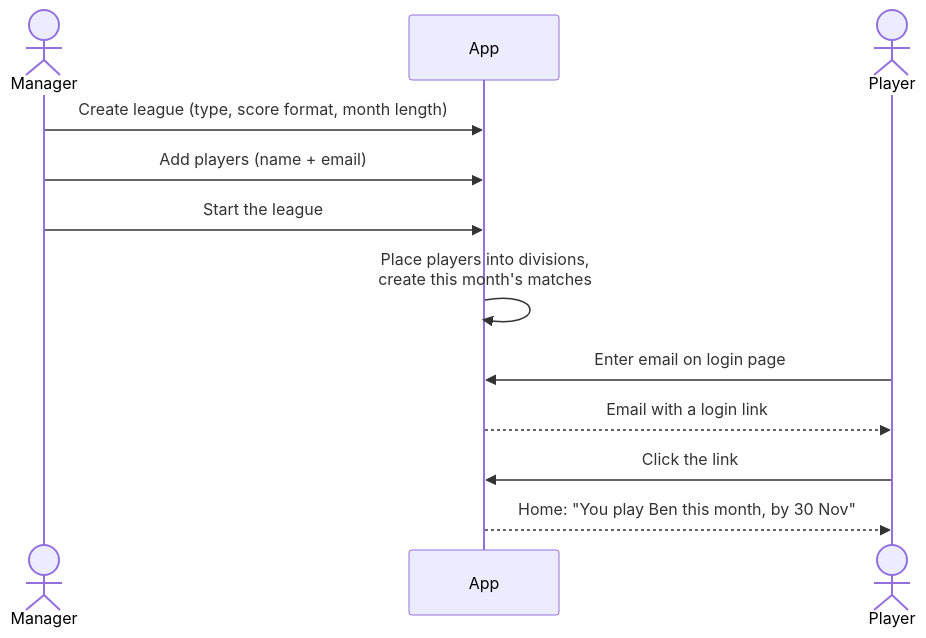
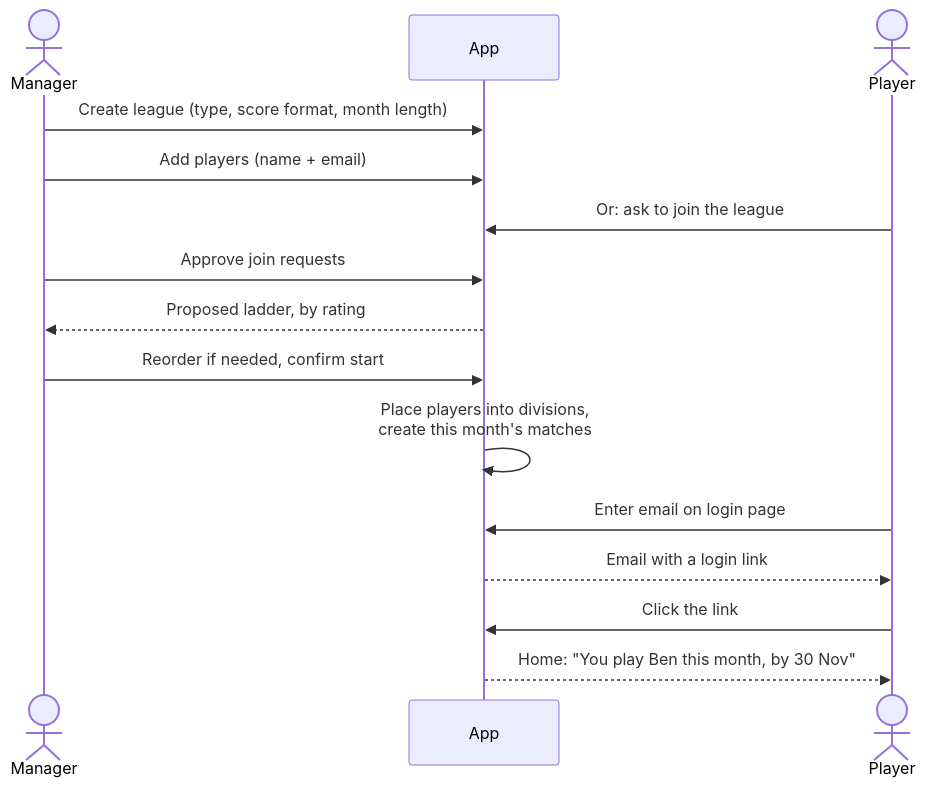
One commit to l1em1on1/social-tennis changed the third of 6 diagrams in docs/phase-1-score-collection.md. Above: the diagram before and after it, drawn with Mermaid. The commit also changed other lines of this file and 4 other files, not shown here.

````diff
--- a/docs/phase-1-score-collection.md
+++ b/docs/phase-1-score-collection.md
@@ -133,14 +138,17 @@
 ```mermaid
 sequenceDiagram
     actor M as Manager
     participant App
     actor P as Player
     M->>App: Create league (type, score format, month length)
     M->>App: Add players (name + email)
-    M->>App: Start the league
+    P->>App: Or: ask to join the league
+    M->>App: Approve join requests
+    App-->>M: Proposed ladder, by rating
+    M->>App: Reorder if needed, confirm start
     App->>App: Place players into divisions,<br/>create this month's matches
     P->>App: Enter email on login page
     App-->>P: Email with a login link
     P->>App: Click the link
     App-->>P: Home: "You play Ben this month, by 30 Nov"
 ```
````
